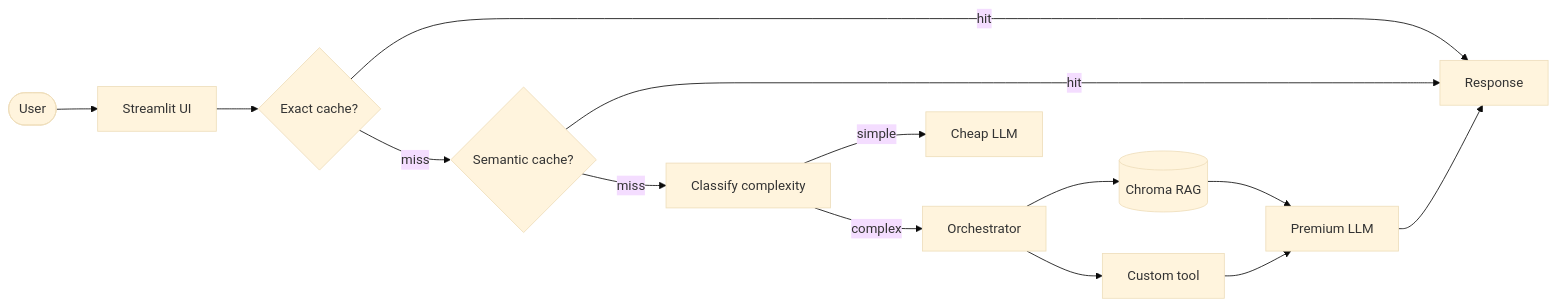
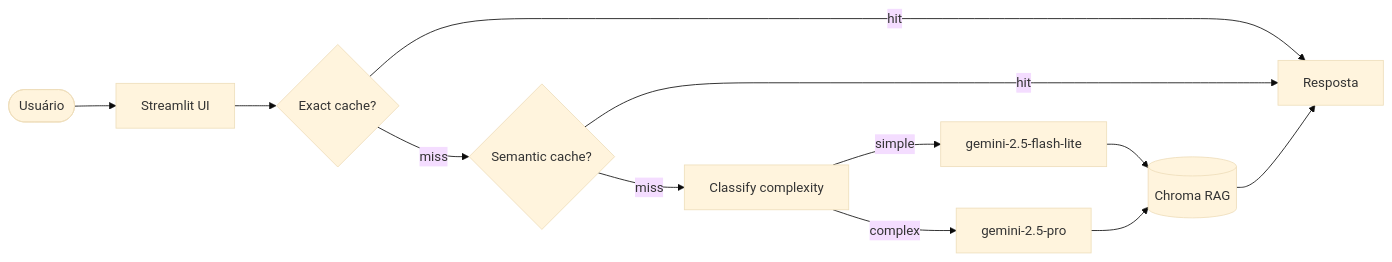
Before and after one commit to gabrielfltop/projeto_ia_generativa: the diagram in README.md, drawn with Mermaid (base theme). The commit also changed other lines of this file and 18 other files, not shown here.

````diff
--- a/README.md
+++ b/README.md
@@ -19,16 +13,14 @@
 ```mermaid
 flowchart LR
-    USER([User]) --> UI[Streamlit UI]
+    USER([Usuário]) --> UI[Streamlit UI]
     UI --> CACHE{Exact cache?}
-    CACHE -->|hit| RESP[Response]
+    CACHE -->|hit| RESP[Resposta]
     CACHE -->|miss| SEM{Semantic cache?}
     SEM -->|hit| RESP
     SEM -->|miss| CLS[Classify complexity]
-    CLS -->|simple| CHEAP[Cheap LLM]
-    CLS -->|complex| ORCH[Orchestrator]
-    ORCH --> RAG[(Chroma RAG)]
-    ORCH --> TOOL[Custom tool]
-    RAG --> PREMIUM[Premium LLM]
-    TOOL --> PREMIUM
-    PREMIUM --> RESP
+    CLS -->|simple| CHEAP[gemini-2.5-flash-lite]
+    CLS -->|complex| PREMIUM[gemini-2.5-pro]
+    CHEAP --> RAG[(Chroma RAG)]
+    PREMIUM --> RAG
+    RAG --> RESP
 ```
````
